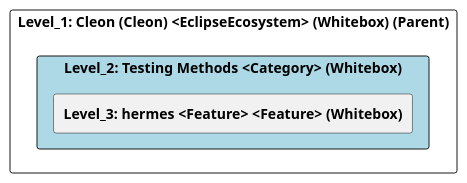
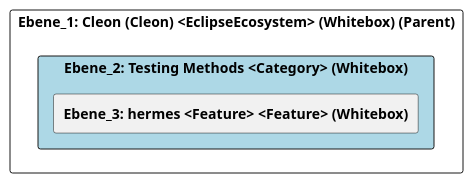
The diagram in doc/cleonproject_deliverables_architecture_model_architecture/adoc/de/05_bausteinsicht/cleon/testing_methods/ebene_2_testing_methods.adoc (marcozwyssig/cleon), drawn with PlantUML before and after one commit. The commit also changed other lines of this file and 150 other files, not shown here.

```diff
--- a/doc/cleonproject_deliverables_architecture_model_architecture/adoc/de/05_bausteinsicht/cleon/testing_methods/ebene_2_testing_methods.adoc
+++ b/doc/cleonproject_deliverables_architecture_model_architecture/adoc/de/05_bausteinsicht/cleon/testing_methods/ebene_2_testing_methods.adoc
@@ -21,26 +21,24 @@
-[plantuml, Level_2: Testing Methods <Category> (Whitebox)BlockOverview, format="svg"]
+[plantuml, Ebene_2: Testing Methods <Category> (Whitebox)BlockOverview, format="svg"]
 ----
-@startuml Level_2: Testing Methods <Category> (Whitebox)BuildingBlockOverview
+@startuml Ebene_2: Testing Methods <Category> (Whitebox)BuildingBlockOverview
 
 skinparam ranksep 10
 skinparam componentStyle rectangle
 skinparam shadowing false
 skinparam arrowColor lightblue
 skinparam arrowThickness 1.2
 skinparam rectangle {
   BackgroundColor White
   BorderColor #333
   RoundCorner 10
 }
 top to bottom direction
 
-component "Level_1: Cleon (Cleon) <EclipseEcosystem> (Whitebox) (Parent)" {
-    component "Level_2: Testing Methods <Category> (Whitebox)" #lightblue {
-        [**Level_3: hermes <Feature> <Feature> (Whitebox)**] as 49057F35_D579_11EE_903E_9F564E4DE07E
+component "Ebene_1: Cleon (Cleon) <EclipseEcosystem> (Whitebox) (Parent)" {
+    component "Ebene_2: Testing Methods <Category> (Whitebox)" #lightblue {
+        [**Ebene_3: hermes <Feature> <Feature> (Whitebox)**] as 49057F35_D579_11EE_903E_9F564E4DE07E
     }
-
-    
 }
 
 @enduml
 ----
```
